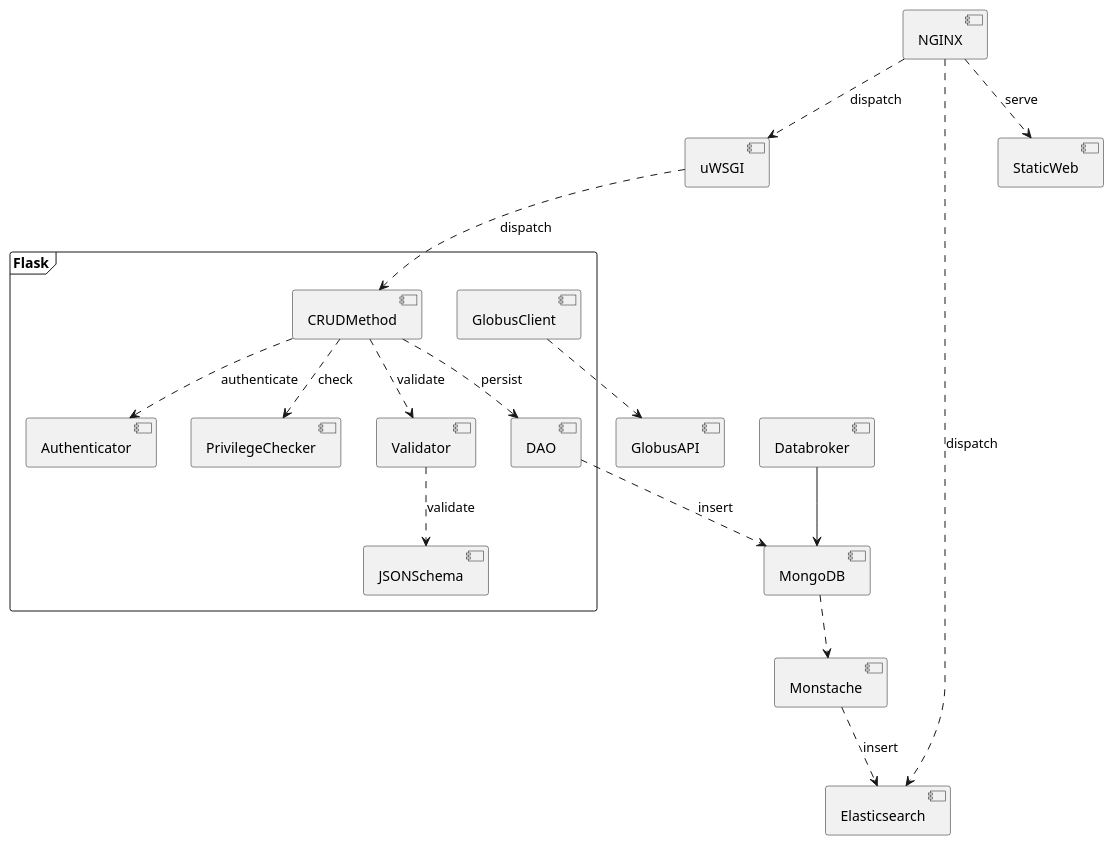
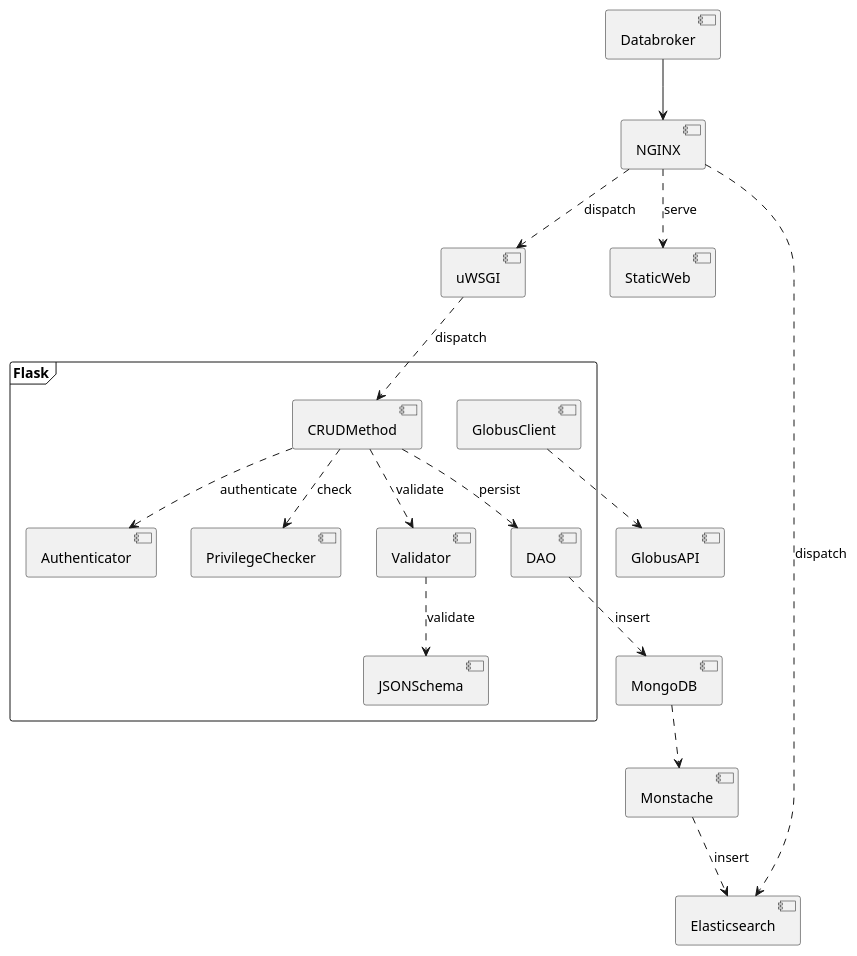
One commit to thefearlesscoder/splash-doc changed the first of 2 diagrams in diagrams/components.puml. Above: the diagram before and after it, drawn with PlantUML. The commit also changed other lines of this file and 7 other files, not shown here.

Commit message:
Updated images and added sequence diagrams.

```diff
--- a/diagrams/components.puml
+++ b/diagrams/components.puml
@@ -1,22 +1,23 @@
 @startuml Splash_Components
 skinparam componentStyle uml2
 
 frame "Flask"{
     [CRUDMethod] ..> [Authenticator]: authenticate
     [CRUDMethod] ..> [PrivilegeChecker] :check
     [CRUDMethod] ..> [Validator]: validate
     [Validator] ..> [JSONSchema]: validate
     [CRUDMethod] ..> [DAO]: persist
 
     [GlobusClient] 
 }
 [GlobusClient] ..> [GlobusAPI]
-[Databroker] --> [MongoDB]
+[Databroker] --> [NGINX]
 [NGINX] ..> [uWSGI]: dispatch
 [NGINX] ..> [StaticWeb]: serve
 [uWSGI] ..> [CRUDMethod] : dispatch
 [DAO] ..> [MongoDB] : insert
 [MongoDB] ..> [Monstache]
 [Monstache] ..> [Elasticsearch] : insert
 [NGINX] ..> [Elasticsearch]: dispatch
+
 @enduml
```
